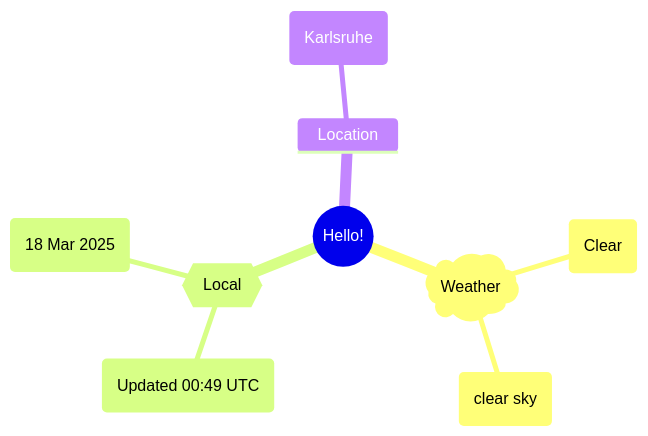
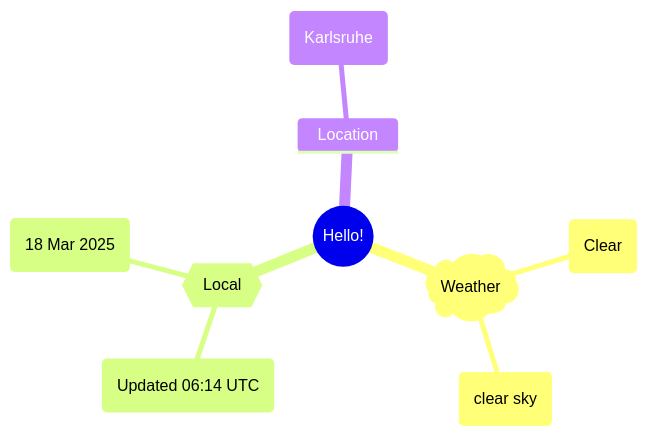
One commit to Xosrov/Xosrov changed the first of 2 diagrams in README.md. Above: the diagram before and after it, drawn with Mermaid.

Commit message:
[bot] updated images

````diff
--- a/README.md
+++ b/README.md
@@ -3,12 +3,12 @@
 ```mermaid
 mindmap
   root((Hello!))
     )Weather(
         (Clear)
         (clear sky)
     {{Local}}
-        (Updated 00:49 UTC)
+        (Updated 06:14 UTC)
         (18 Mar 2025)
     Location
         (Karlsruhe)
 ```
````
